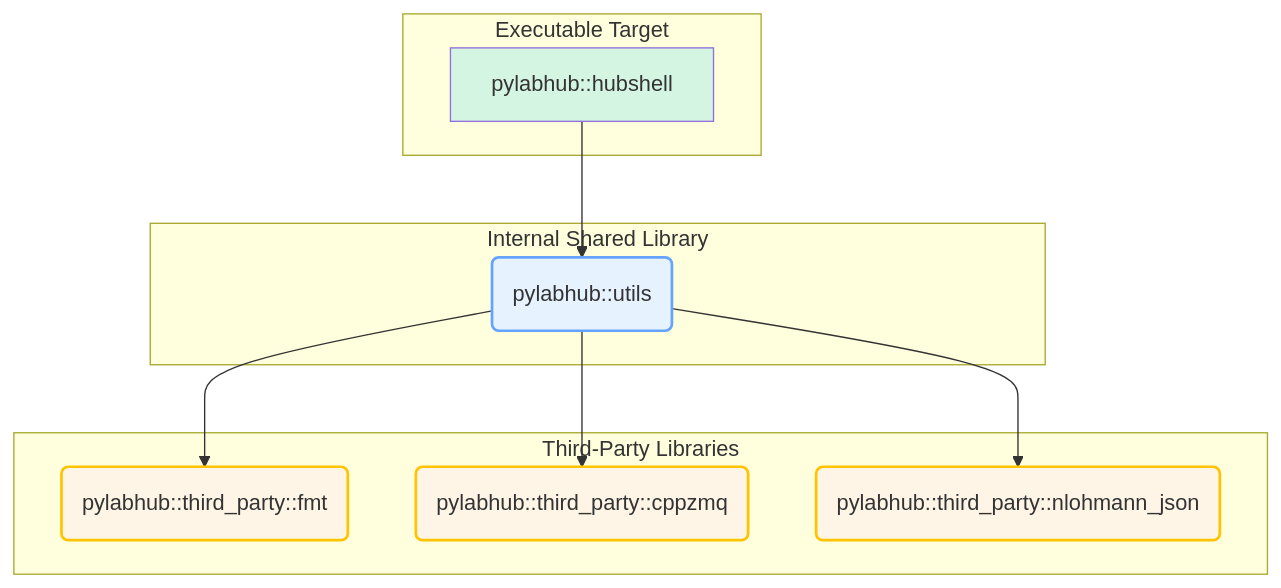
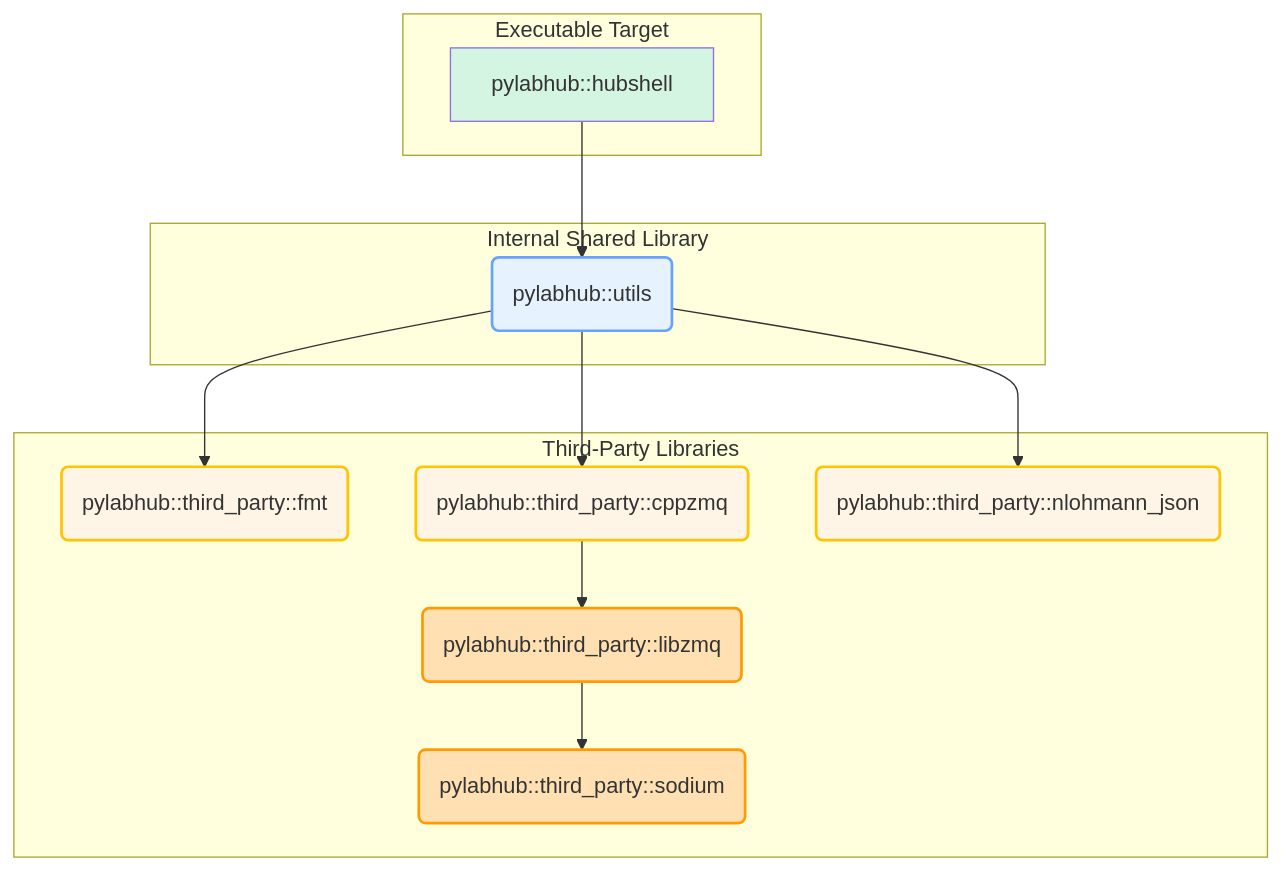
Before and after one commit to Qing-LAB/pylabhub: the first of 2 diagrams in cpp/docs/README_CMake_Design.md, drawn with Mermaid. The commit also changed other lines of this file and 5 other files, not shown here.

````diff
--- a/cpp/docs/README_CMake_Design.md
+++ b/cpp/docs/README_CMake_Design.md
@@ -61,27 +67,33 @@
 ```mermaid
 graph TD
     subgraph "Executable Target"
         A[pylabhub::hubshell]
     end
     
     subgraph "Internal Shared Library"
         B(pylabhub::utils)
     end
     
     subgraph "Third-Party Libraries"
         C(pylabhub::third_party::fmt)
         D(pylabhub::third_party::cppzmq)
         E(pylabhub::third_party::nlohmann_json)
+        F(pylabhub::third_party::libzmq)
+        G(pylabhub::third_party::sodium)
     end
     
     A --> B;
     B --> C;
     B --> D;
     B --> E;
+    D --> F;
+    F --> G;
 
     style A fill:#D5F5E3
     style B fill:#E6F3FF,stroke:#66a3ff,stroke-width:2px
     style C fill:#FFF5E6,stroke:#FFC300,stroke-width:2px
     style D fill:#FFF5E6,stroke:#FFC300,stroke-width:2px
     style E fill:#FFF5E6,stroke:#FFC300,stroke-width:2px
+    style F fill:#FFE0B3,stroke:#FF9A00,stroke-width:2px
+    style G fill:#FFE0B3,stroke:#FF9A00,stroke-width:2px
 ```
````
